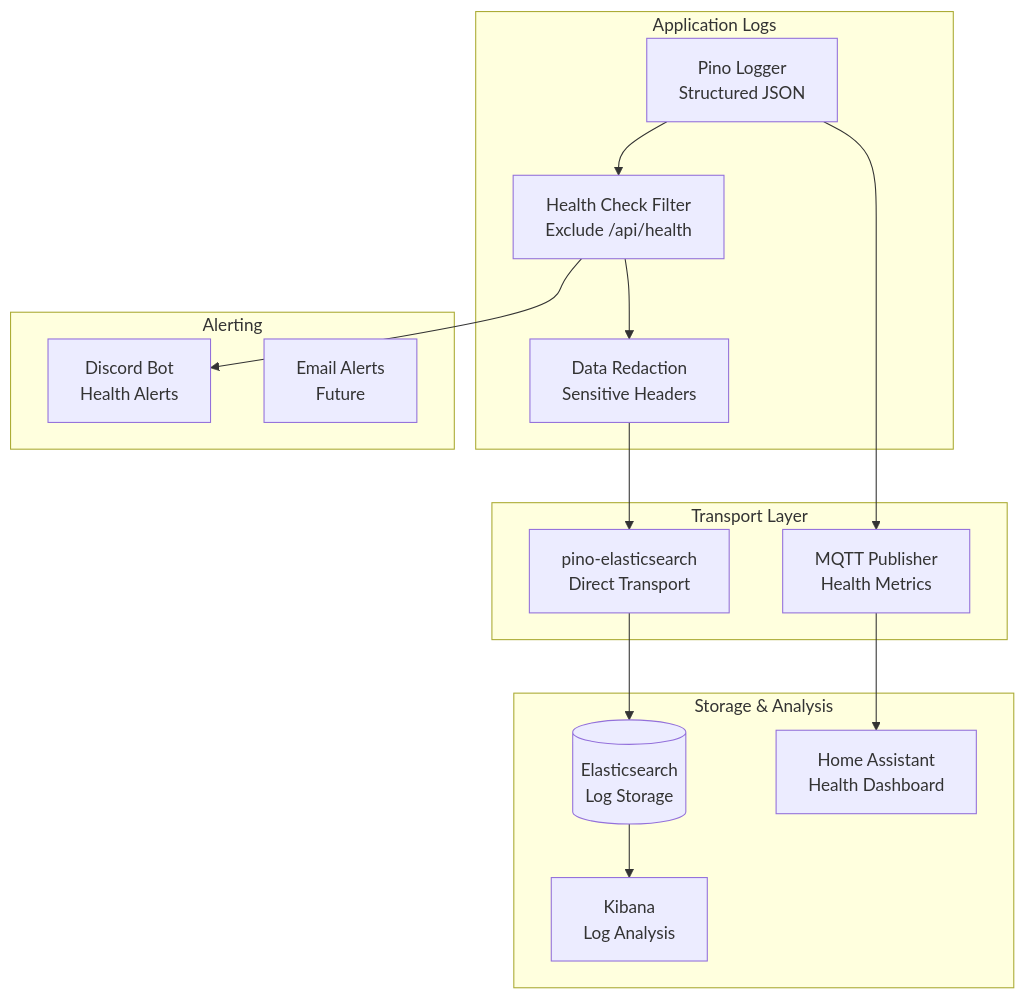
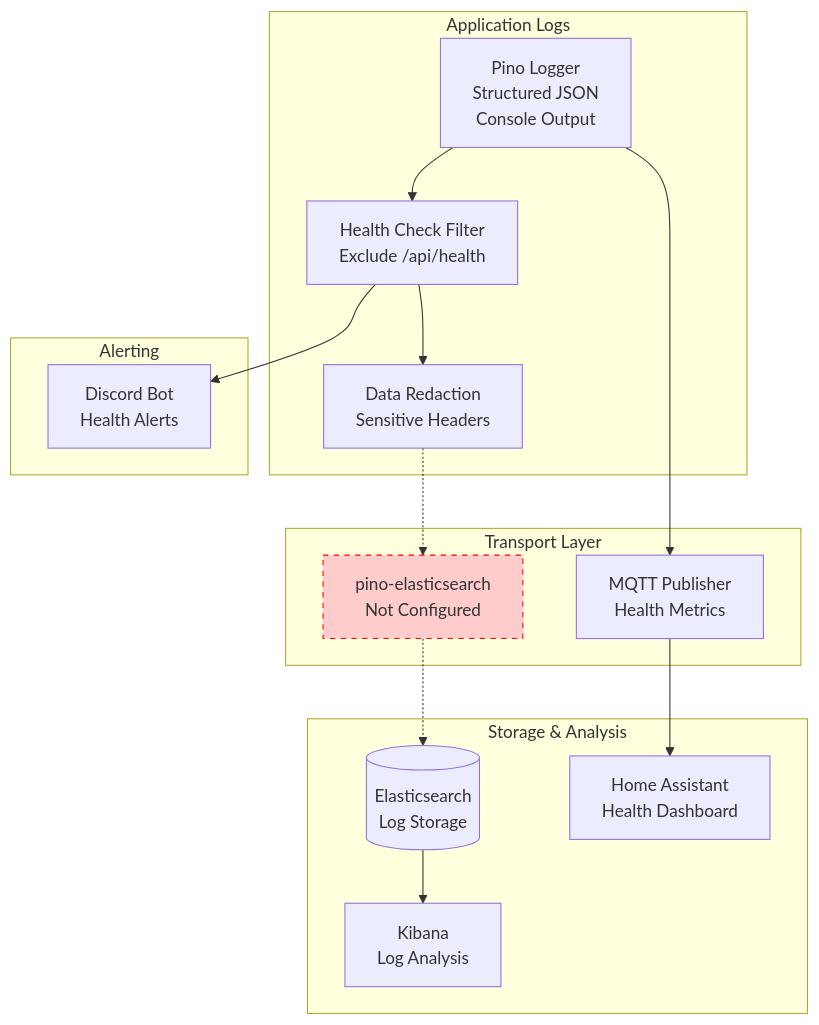
The sixth of 12 diagrams in SYSTEM_ARCHITECTURE.md (millenniumist/church-financial-report), drawn with Mermaid before and after one commit. The commit also changed other lines of this file and 4 other files, not shown here.

````diff
--- a/SYSTEM_ARCHITECTURE.md
+++ b/SYSTEM_ARCHITECTURE.md
@@ -546,35 +539,36 @@
 ```mermaid
 graph TD
     subgraph "Application Logs"
-        PIN[Pino Logger<br/>Structured JSON]
+        PIN[Pino Logger<br/>Structured JSON<br/>Console Output]
         FIL[Health Check Filter<br/>Exclude /api/health]
         RED[Data Redaction<br/>Sensitive Headers]
     end
 
     subgraph "Transport Layer"
-        EST[pino-elasticsearch<br/>Direct Transport]
+        EST[pino-elasticsearch<br/>Not Configured]
         MQTT2[MQTT Publisher<br/>Health Metrics]
     end
 
     subgraph "Storage & Analysis"
         ES[(Elasticsearch<br/>Log Storage)]
         KIB[Kibana<br/>Log Analysis]
         HA2[Home Assistant<br/>Health Dashboard]
     end
 
     subgraph "Alerting"
         DC2[Discord Bot<br/>Health Alerts]
-        EMAIL[Email Alerts<br/>Future]
     end
 
     PIN --> FIL
     FIL --> RED
-    RED --> EST
-    EST --> ES
+    RED -.-> EST
+    EST -.-> ES
     ES --> KIB
 
     PIN --> MQTT2
     MQTT2 --> HA2
 
     FIL --> DC2
+
+    style EST fill:#ffcccc,stroke:#ff0000,stroke-dasharray: 5 5
 ```
````
